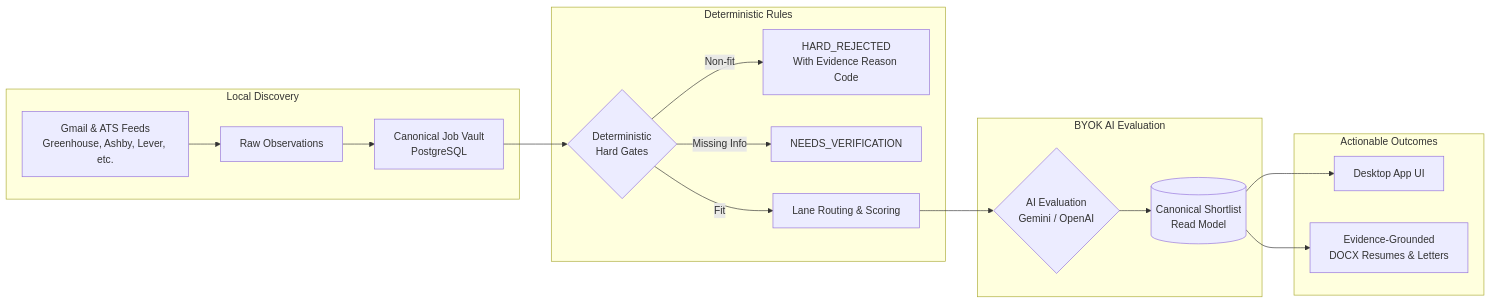
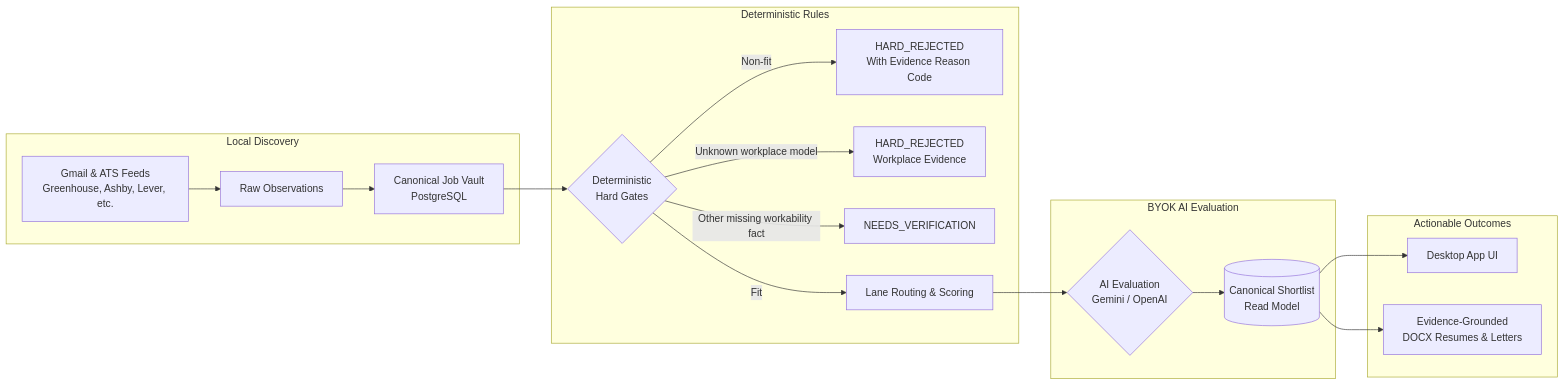
The diagram in README.md (elenaokhonko-eng/Job-Decision-Engine), drawn with Mermaid before and after one commit. The commit also changed other lines of this file and 70 other files, not shown here.

````diff
--- a/README.md
+++ b/README.md
@@ -39,24 +41,25 @@
 ```mermaid
 flowchart LR
   subgraph Ingestion [Local Discovery]
     Sources[Gmail & ATS Feeds\nGreenhouse, Ashby, Lever, etc.] --> Raw[Raw Observations]
     Raw --> Vault[Canonical Job Vault\nPostgreSQL]
   end
 
   subgraph Screening [Deterministic Rules]
     Vault --> Gates{Deterministic\nHard Gates}
     Gates -->|Non-fit| Rejected[HARD_REJECTED\nWith Evidence Reason Code]
-    Gates -->|Missing Info| Verify[NEEDS_VERIFICATION]
+    Gates -->|Unknown workplace model| UnknownWorkplace[HARD_REJECTED\nWorkplace Evidence]
+    Gates -->|Other missing workability fact| Verify[NEEDS_VERIFICATION]
     Gates -->|Fit| Lane[Lane Routing & Scoring]
   end
 
   subgraph Evaluation [BYOK AI Evaluation]
     Lane --> AI{AI Evaluation\nGemini / OpenAI}
     AI --> Shortlist[(Canonical Shortlist\nRead Model)]
   end
 
   subgraph Output [Actionable Outcomes]
     Shortlist --> UI[Desktop App UI]
     Shortlist --> Docs[Evidence-Grounded\nDOCX Resumes & Letters]
   end
 ```
````
